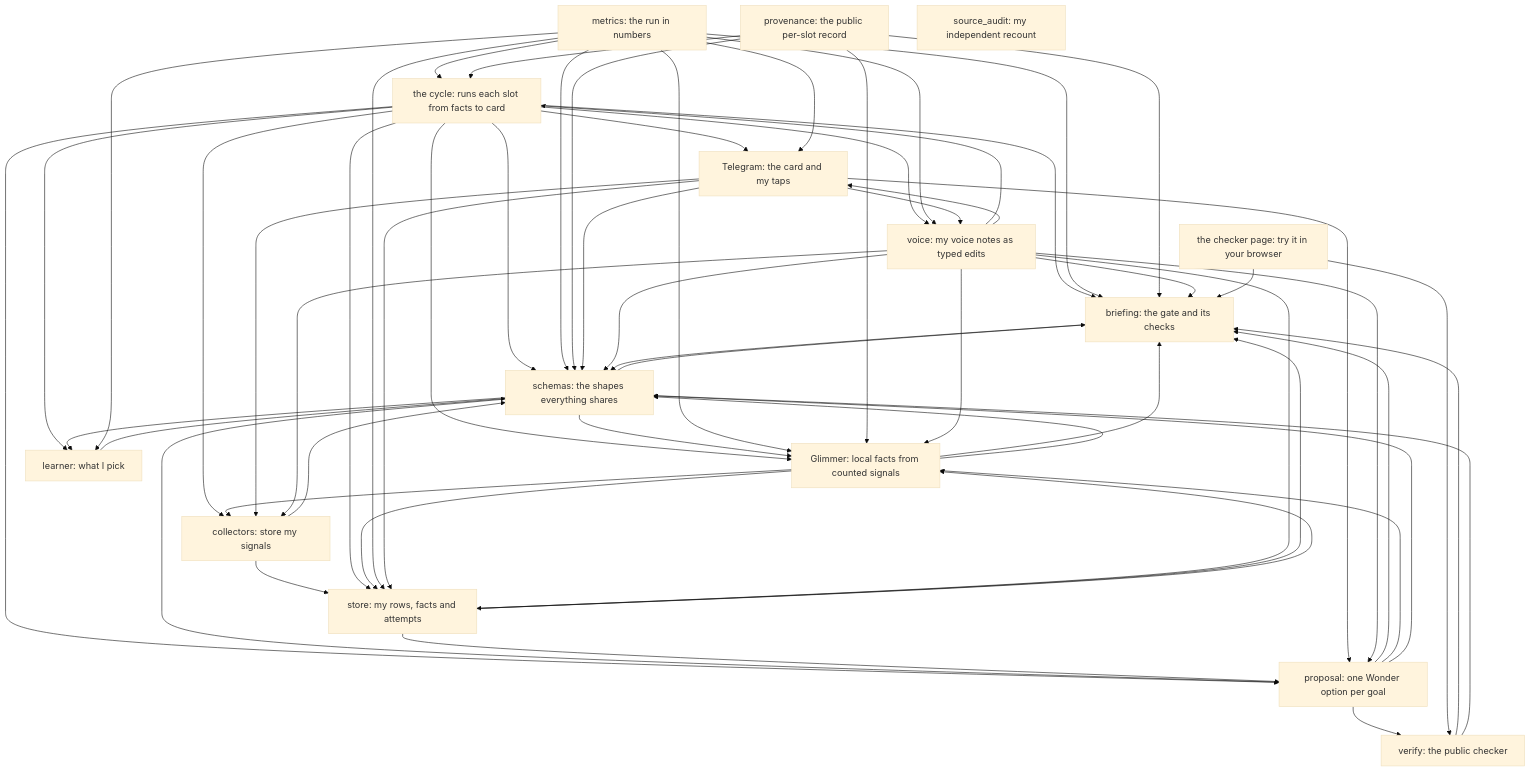
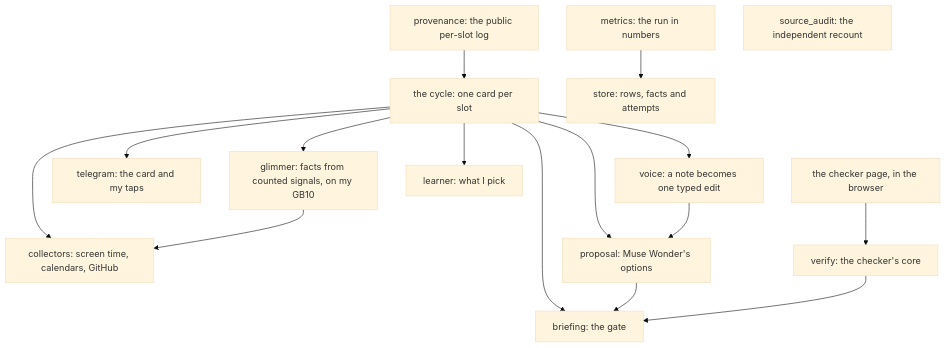
Before and after one commit to macayaven/ikigai-loop: the diagram in docs/architecture.md, drawn with Mermaid (base theme). The commit also changed other lines of this file and 1 other file, not shown here.

Commit message:
Docs 12: plain labels in the sequence diagram, a readable components diagram

````diff
--- a/docs/architecture.md
+++ b/docs/architecture.md
@@ -7,75 +7,31 @@
 ```mermaid
 flowchart TD
-    Cycle["the cycle: runs each slot from facts to card"]
-    Collectors["collectors: store my signals"]
-    Store["store: my rows, facts and attempts"]
-    Glimmer["Glimmer: local facts from counted signals"]
-    Proposal["proposal: one Wonder option per goal"]
-    Briefing["briefing: the gate and its checks"]
-    Telegram["Telegram: the card and my taps"]
-    Voice["voice: my voice notes as typed edits"]
-    Learner["learner: what I pick"]
-    Verify["verify: the public checker"]
-    Provenance["provenance: the public per-slot record"]
-    Metrics["metrics: the run in numbers"]
-    Schemas["schemas: the shapes everything shares"]
-    Audit["source_audit: my independent recount"]
-    Checker["the checker page: try it in your browser"]
-    Collectors --> Schemas
-    Collectors --> Store
-    Cycle --> Briefing
-    Cycle --> Schemas
-    Cycle --> Collectors
-    Cycle --> Glimmer
-    Cycle --> Learner
-    Cycle --> Proposal
-    Cycle --> Store
-    Cycle --> Telegram
-    Cycle --> Voice
-    Glimmer --> Briefing
-    Glimmer --> Collectors
-    Glimmer --> Schemas
-    Glimmer --> Store
-    Schemas --> Briefing
-    Schemas --> Glimmer
-    Schemas --> Learner
-    Schemas --> Proposal
-    Metrics --> Briefing
-    Metrics --> Cycle
-    Metrics --> Glimmer
-    Metrics --> Learner
-    Metrics --> Schemas
-    Metrics --> Store
-    Metrics --> Telegram
-    Metrics --> Voice
-    Proposal --> Briefing
-    Proposal --> Glimmer
-    Proposal --> Schemas
-    Proposal --> Verify
-    Provenance --> Briefing
-    Provenance --> Cycle
-    Provenance --> Glimmer
-    Provenance --> Schemas
-    Store --> Briefing
-    Store --> Glimmer
-    Store --> Proposal
-    Telegram --> Collectors
-    Telegram --> Proposal
-    Telegram --> Schemas
-    Telegram --> Store
-    Telegram --> Voice
-    Verify --> Briefing
-    Verify --> Schemas
-    Voice --> Briefing
-    Voice --> Collectors
-    Voice --> Cycle
-    Voice --> Glimmer
-    Voice --> Proposal
-    Voice --> Schemas
-    Voice --> Store
-    Voice --> Telegram
-    Learner --> Schemas
-    Checker --> Briefing
-    Checker --> Verify
-    Briefing --> Schemas
+    cycle["the cycle: one card per slot"]
+    collectors["collectors: screen time, calendars, GitHub"]
+    glimmer["glimmer: facts from counted signals, on my GB10"]
+    proposal["proposal: Muse Wonder's options"]
+    briefing["briefing: the gate"]
+    telegram["telegram: the card and my taps"]
+    voice["voice: a note becomes one typed edit"]
+    learner["learner: what I pick"]
+    metrics["metrics: the run in numbers"]
+    store["store: rows, facts and attempts"]
+    provenance["provenance: the public per-slot log"]
+    verify["verify: the checker's core"]
+    checker["the checker page, in the browser"]
+    audit["source_audit: the independent recount"]
+    cycle --> collectors
+    cycle --> glimmer
+    cycle --> proposal
+    cycle --> briefing
+    cycle --> telegram
+    cycle --> voice
+    cycle --> learner
+    glimmer --> collectors
+    proposal --> briefing
+    voice --> proposal
+    verify --> briefing
+    checker --> verify
+    metrics --> store
+    provenance --> cycle
 ```
````
